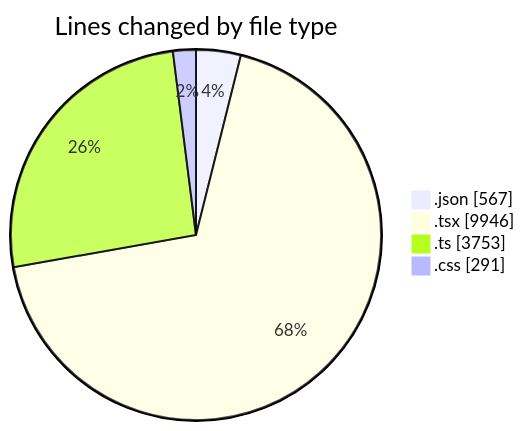
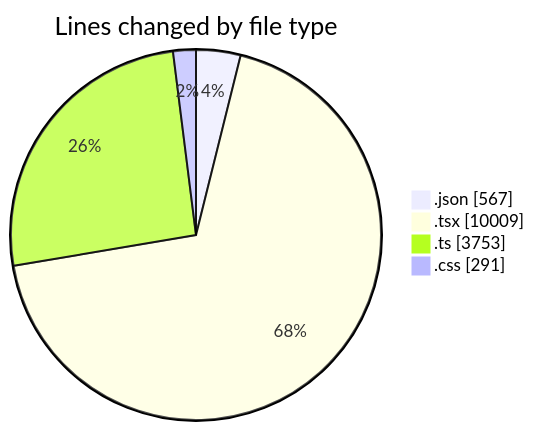
The first of 2 diagrams in 2025-10-07/eventscop-frontend-guide__workspace_/README.md (julien-gomy/code-tracking), drawn with Mermaid before and after one commit. The commit also changed other lines of this file and 1 other file, not shown here.

````diff
--- a/2025-10-07/eventscop-frontend-guide__workspace_/README.md
+++ b/2025-10-07/eventscop-frontend-guide__workspace_/README.md
@@ -91,8 +91,8 @@
 ```mermaid
 pie showData
 title Lines changed by file type
 ".json" : 567
-".tsx" : 9946
+".tsx" : 10009
 ".ts" : 3753
 ".css" : 291
 ```
````
